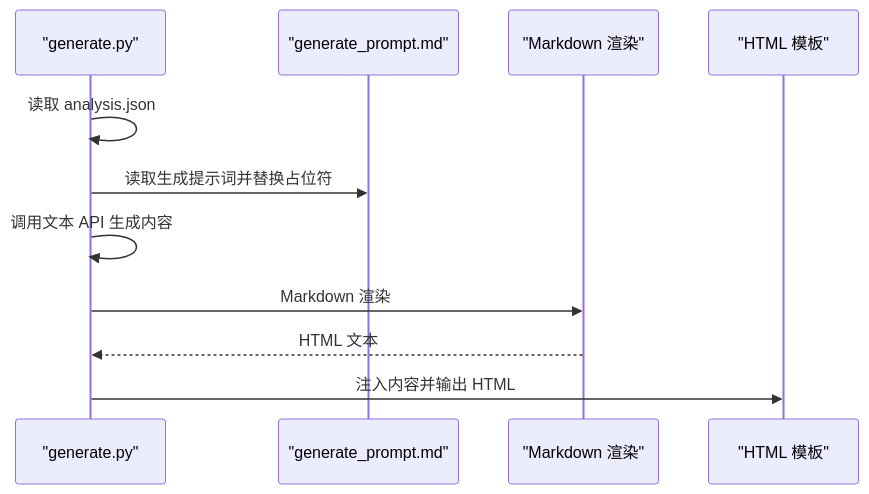
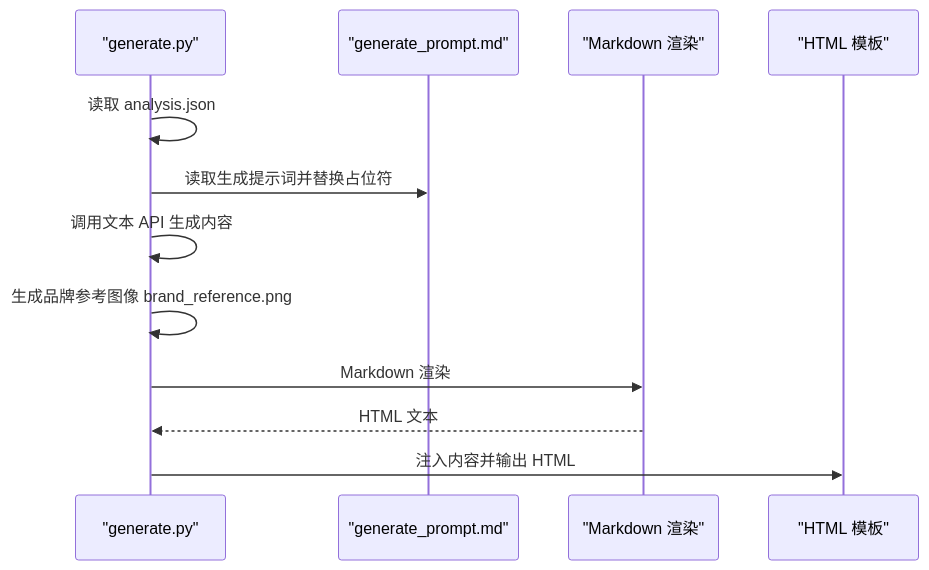
Before and after one commit to WongMingJiu/landingpage-test-hero-page: the fourth of 6 diagrams in .qoder/repowiki/zh/content/配置和定制/Prompt定制.md, drawn with Mermaid. The commit also changed other lines of this file and 4 other files, not shown here.

First line of the commit message:
feat: 生图输出尺寸改为 750x1125（API 生成 1024x1536 后 Pillow 缩放）

````diff
--- a/.qoder/repowiki/zh/content/配置和定制/Prompt定制.md
+++ b/.qoder/repowiki/zh/content/配置和定制/Prompt定制.md
@@ -237,13 +282,14 @@
 ```mermaid
 sequenceDiagram
 participant G as "generate.py"
 participant P as "generate_prompt.md"
 participant M as "Markdown 渲染"
 participant H as "HTML 模板"
 G->>G : 读取 analysis.json
 G->>P : 读取生成提示词并替换占位符
 G->>G : 调用文本 API 生成内容
+G->>G : 生成品牌参考图像 brand_reference.png
 G->>M : Markdown 渲染
 M-->>G : HTML 文本
 G->>H : 注入内容并输出 HTML
 ```
````
